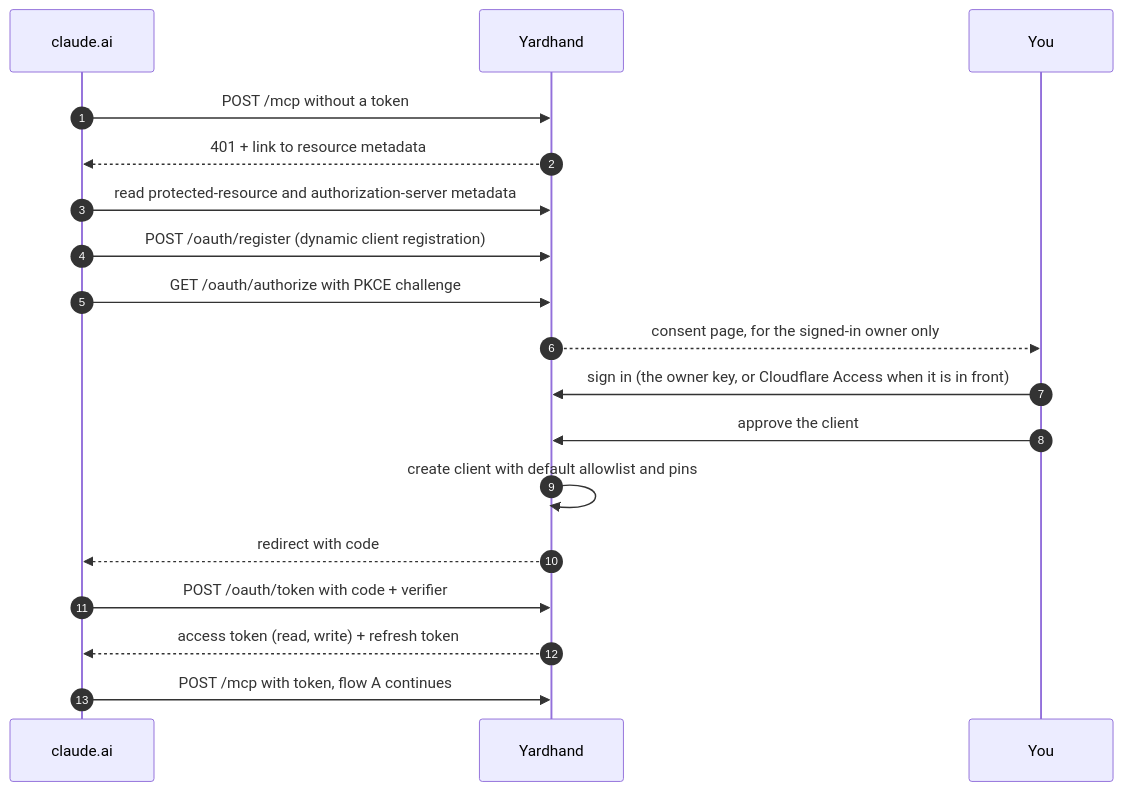
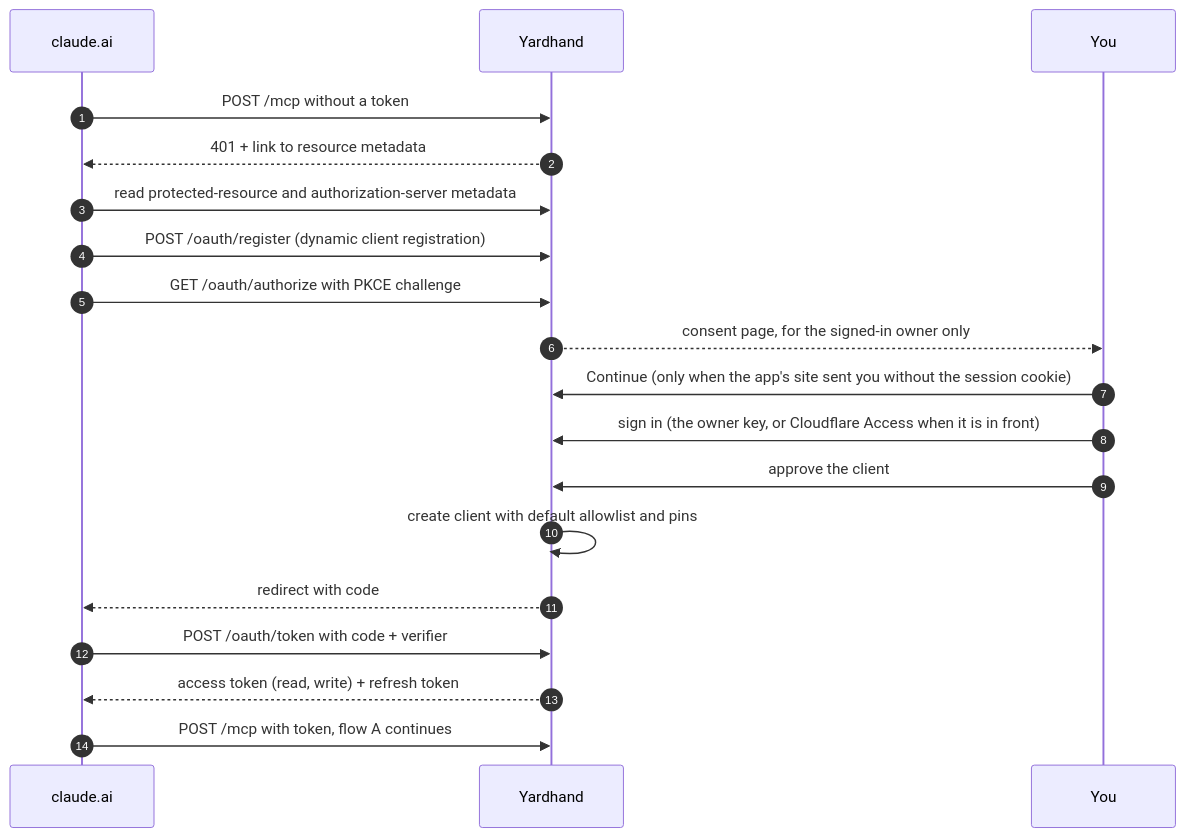
One commit to escalay/yardhand changed the third of 8 diagrams in docs/architecture.md. Above: the diagram before and after it, drawn with Mermaid. The commit also changed other lines of this file and 11 other files, not shown here.

````diff
--- a/docs/architecture.md
+++ b/docs/architecture.md
@@ -61,20 +66,21 @@
 ```mermaid
 sequenceDiagram
   autonumber
   participant C as claude.ai
   participant G as Yardhand
   participant Y as You
   C->>G: POST /mcp without a token
   G-->>C: 401 + link to resource metadata
   C->>G: read protected-resource and authorization-server metadata
   C->>G: POST /oauth/register (dynamic client registration)
   C->>G: GET /oauth/authorize with PKCE challenge
   G-->>Y: consent page, for the signed-in owner only
+  Y->>G: Continue (only when the app's site sent you without the session cookie)
   Y->>G: sign in (the owner key, or Cloudflare Access when it is in front)
   Y->>G: approve the client
   G->>G: create client with default allowlist and pins
   G-->>C: redirect with code
   C->>G: POST /oauth/token with code + verifier
   G-->>C: access token (read, write) + refresh token
   C->>G: POST /mcp with token, flow A continues
 ```
````
